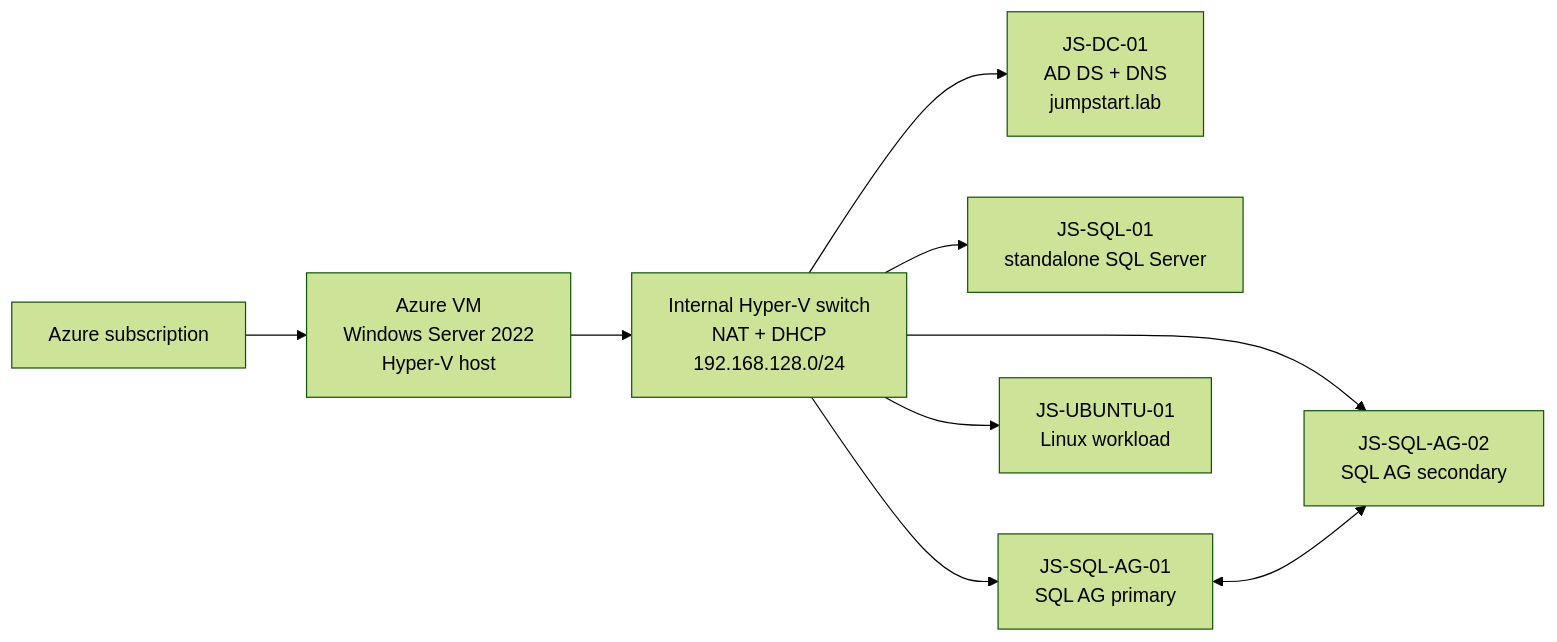
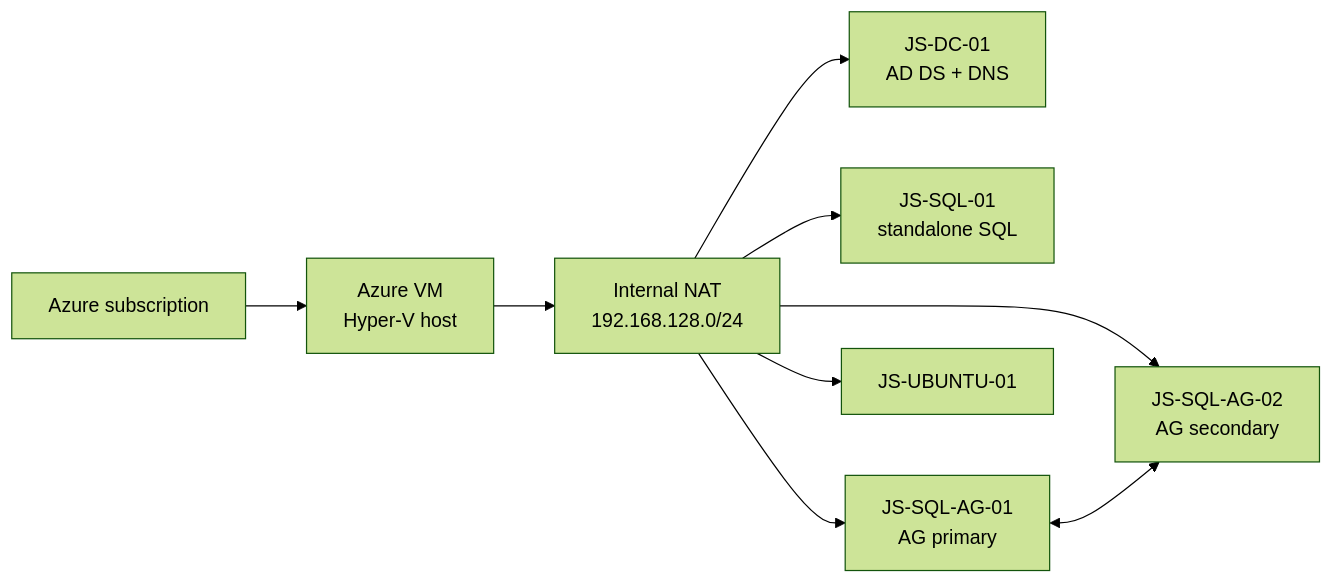
One commit to markgar/arc-jumpstart changed the diagram in README.md. Above: the diagram before and after it, drawn with Mermaid (forest theme). The commit also changed other lines of this file and 9 other files, not shown here.

````diff
--- a/README.md
+++ b/README.md
@@ -49,11 +38,11 @@
 ```mermaid
 flowchart LR
-    Azure["Azure subscription"] --> Host["Azure VM<br/>Windows Server 2022<br/>Hyper-V host"]
-    Host --> NAT["Internal Hyper-V switch<br/>NAT + DHCP<br/>192.168.128.0/24"]
-    NAT --> DC["JS-DC-01<br/>AD DS + DNS<br/>jumpstart.lab"]
-    NAT --> SQL["JS-SQL-01<br/>standalone SQL Server"]
-    NAT --> AG1["JS-SQL-AG-01<br/>SQL AG primary"]
-    NAT --> AG2["JS-SQL-AG-02<br/>SQL AG secondary"]
-    NAT --> Linux["JS-UBUNTU-01<br/>Linux workload"]
+    Azure["Azure subscription"] --> Host["Azure VM<br/>Hyper-V host"]
+    Host --> NAT["Internal NAT<br/>192.168.128.0/24"]
+    NAT --> DC["JS-DC-01<br/>AD DS + DNS"]
+    NAT --> SQL["JS-SQL-01<br/>standalone SQL"]
+    NAT --> AG1["JS-SQL-AG-01<br/>AG primary"]
+    NAT --> AG2["JS-SQL-AG-02<br/>AG secondary"]
+    NAT --> Linux["JS-UBUNTU-01"]
     AG1 <--> AG2
 ```
````
